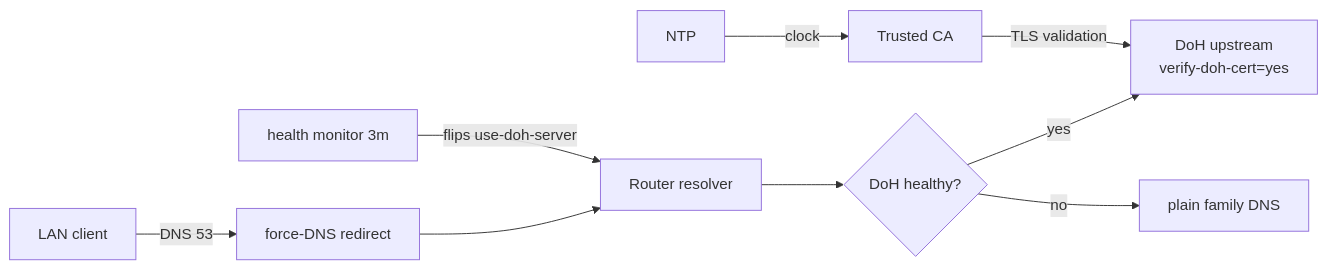
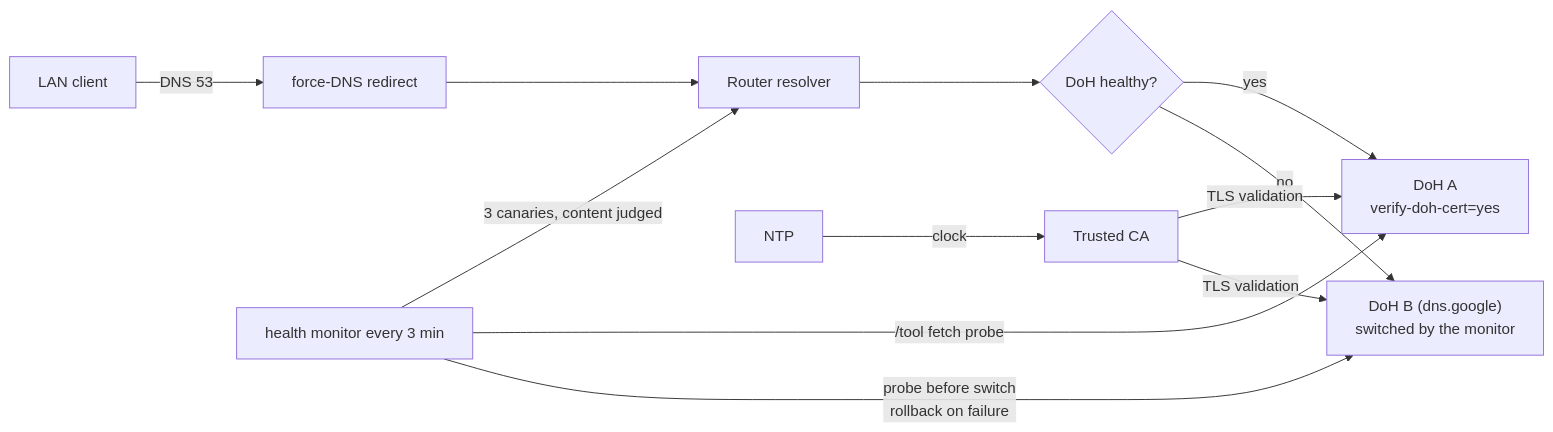
One commit to paulmann/mikrotik-doh-failover changed the diagram in README.de.md. Above: the diagram before and after it, drawn with Mermaid. The commit also changed other lines of this file and 14 other files, not shown here.

````diff
--- a/README.de.md
+++ b/README.de.md
@@ -103,11 +138,14 @@
 ```mermaid
 flowchart LR
     Client["LAN client"] -->|"DNS 53"| ForceDNS["force-DNS redirect"]
     ForceDNS --> Resolver["Router resolver"]
     Resolver --> Mode{"DoH healthy?"}
-    Mode -->|"yes"| DoH["DoH upstream<br/>verify-doh-cert=yes"]
-    Mode -->|"no"| Plain["plain family DNS"]
-    Monitor["health monitor 3m"] -->|"flips use-doh-server"| Resolver
+    Mode -->|"yes"| DoH["DoH A<br/>verify-doh-cert=yes"]
+    Mode -->|"no"| DoHB["DoH B (dns.google)<br/>switched by the monitor"]
+    Monitor["health monitor every 3 min"] -->|"3 canaries, content judged"| Resolver
+    Monitor -->|"/tool fetch probe"| DoH
+    Monitor -->|"probe before switch<br/>rollback on failure"| DoHB
     CA["Trusted CA"] -->|"TLS validation"| DoH
+    CA -->|"TLS validation"| DoHB
     NTP["NTP"] -->|"clock"| CA
 ```
````
